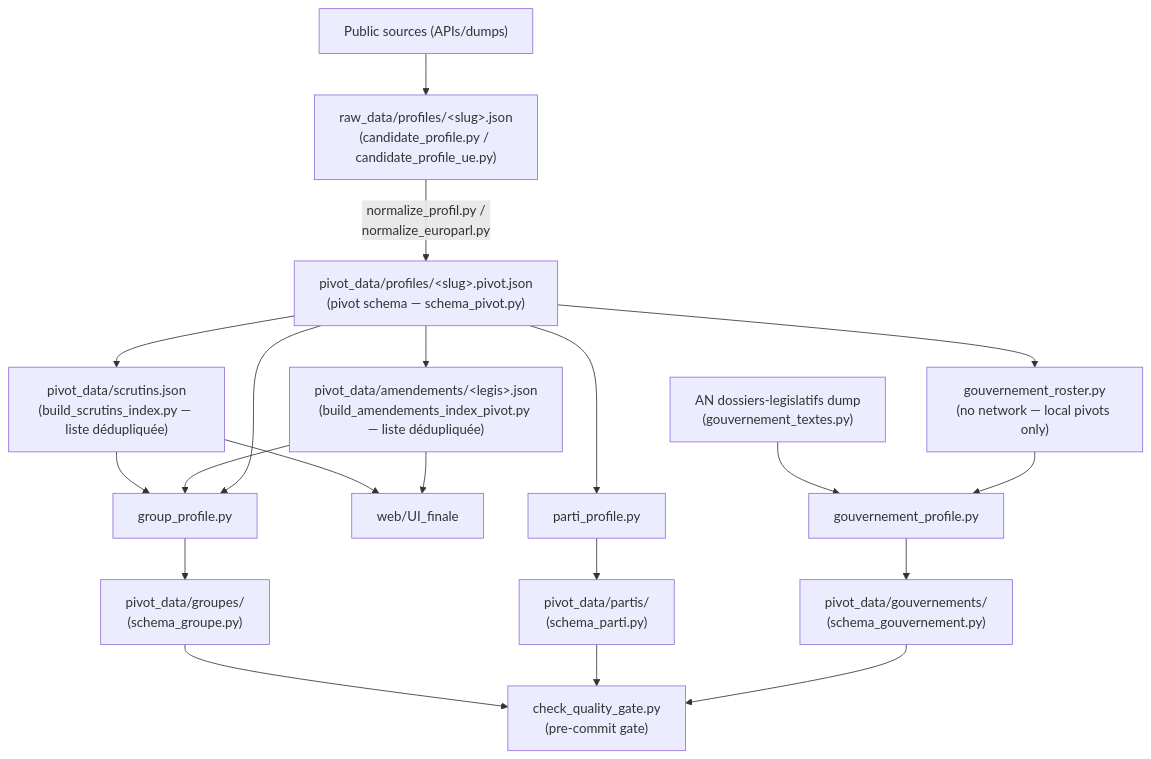
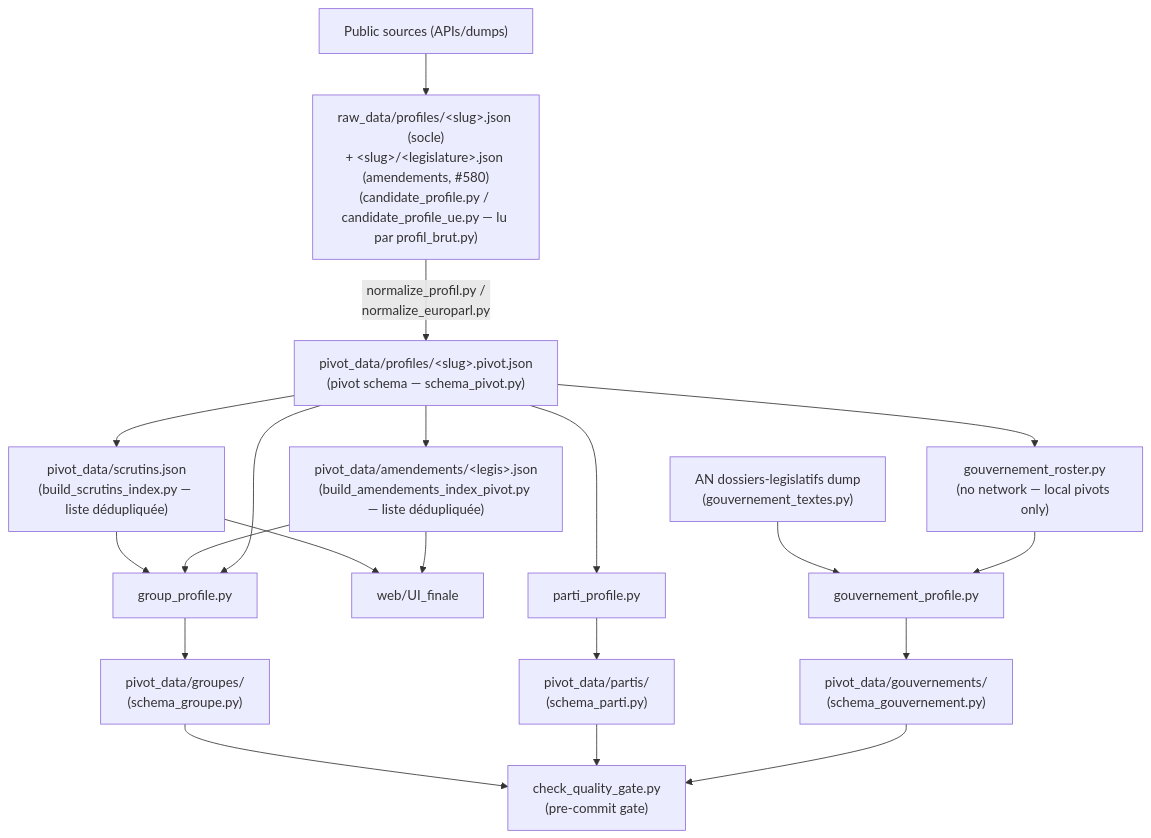
One commit to stephieED/Empreinte-politique-src changed the diagram in AGENTS.md. Above: the diagram before and after it, drawn with Mermaid. The commit also changed other lines of this file and 25 other files, not shown here.

````diff
--- a/AGENTS.md
+++ b/AGENTS.md
@@ -36,22 +36,22 @@
 ```mermaid
 graph TD
-    A["Public sources (APIs/dumps)"] --> B["raw_data/profiles/&lt;slug&gt;.json<br/>(candidate_profile.py / candidate_profile_ue.py)"]
+    A["Public sources (APIs/dumps)"] --> B["raw_data/profiles/&lt;slug&gt;.json (socle)<br/>+ &lt;slug&gt;/&lt;legislature&gt;.json (amendements, #580)<br/>(candidate_profile.py / candidate_profile_ue.py — lu par profil_brut.py)"]
     B -->|"normalize_profil.py /<br/>normalize_europarl.py"| C["pivot_data/profiles/&lt;slug&gt;.pivot.json<br/>(pivot schema — schema_pivot.py)"]
     C --> S["pivot_data/scrutins.json<br/>(build_scrutins_index.py — liste dédupliquée)"]
     C --> AM["pivot_data/amendements/&lt;legis&gt;.json<br/>(build_amendements_index_pivot.py — liste dédupliquée)"]
     S --> D
     AM --> D
     S --> W["web/UI_finale"]
     AM --> W
     C --> D["group_profile.py"]
     C --> E["parti_profile.py"]
     C --> I["gouvernement_roster.py<br/>(no network — local pivots only)"]
     J["AN dossiers-legislatifs dump<br/>(gouvernement_textes.py)"] --> K["gouvernement_profile.py"]
     I --> K
     D --> F["pivot_data/groupes/<br/>(schema_groupe.py)"]
     E --> G["pivot_data/partis/<br/>(schema_parti.py)"]
     K --> L["pivot_data/gouvernements/<br/>(schema_gouvernement.py)"]
     F --> H["check_quality_gate.py<br/>(pre-commit gate)"]
     G --> H
     L --> H
 ```
````
